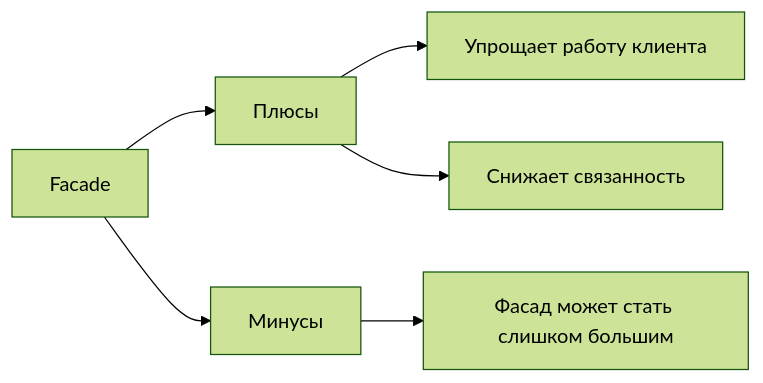
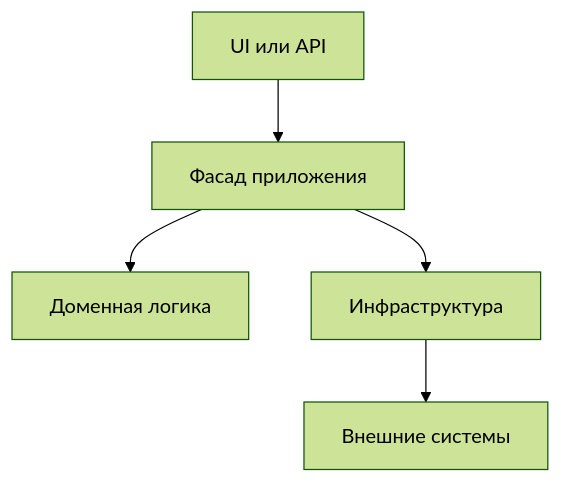
The sixth of 16 diagrams in lectures/Lec6/vitepress.md (Kert0n/KPO), drawn with Mermaid (forest theme) before and after one commit. The commit also changed other lines of this file and 9 other files, not shown here.

````diff
--- a/lectures/Lec6/vitepress.md
+++ b/lectures/Lec6/vitepress.md
@@ -209,8 +510,7 @@
 ```mermaid
-flowchart LR
-    Facade[Facade] --> Pros[Плюсы]
-    Facade --> Cons[Минусы]
-    Pros --> Simpler[Упрощает работу клиента]
-    Pros --> Decouple[Снижает связанность]
-    Cons --> God[Фасад может стать слишком большим]
+flowchart TD
+  UI[UI или API] --> AppFacade[Фасад приложения]
+  AppFacade --> Domain[Доменная логика]
+  AppFacade --> Infra[Инфраструктура]
+  Infra --> External[Внешние системы]
 ```
````
